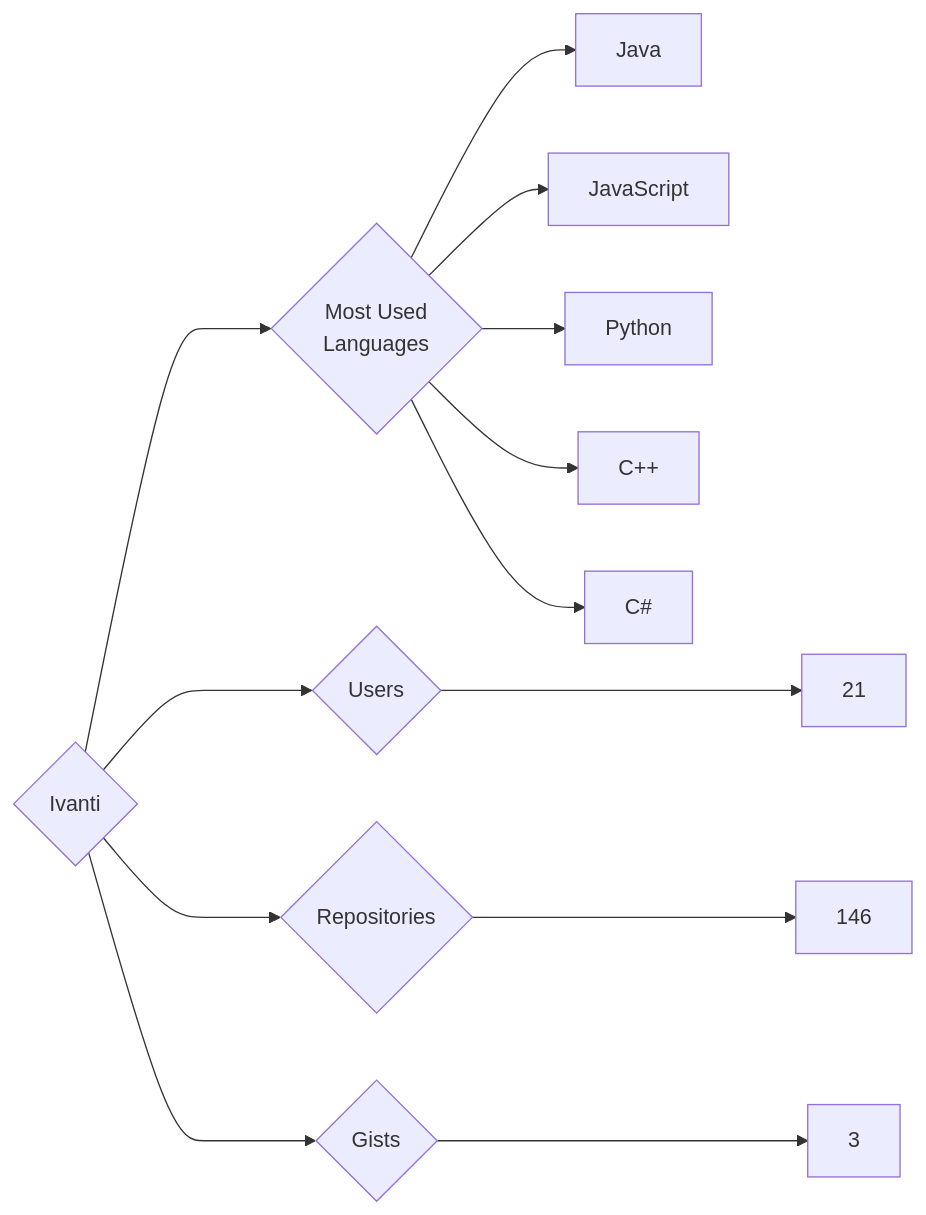
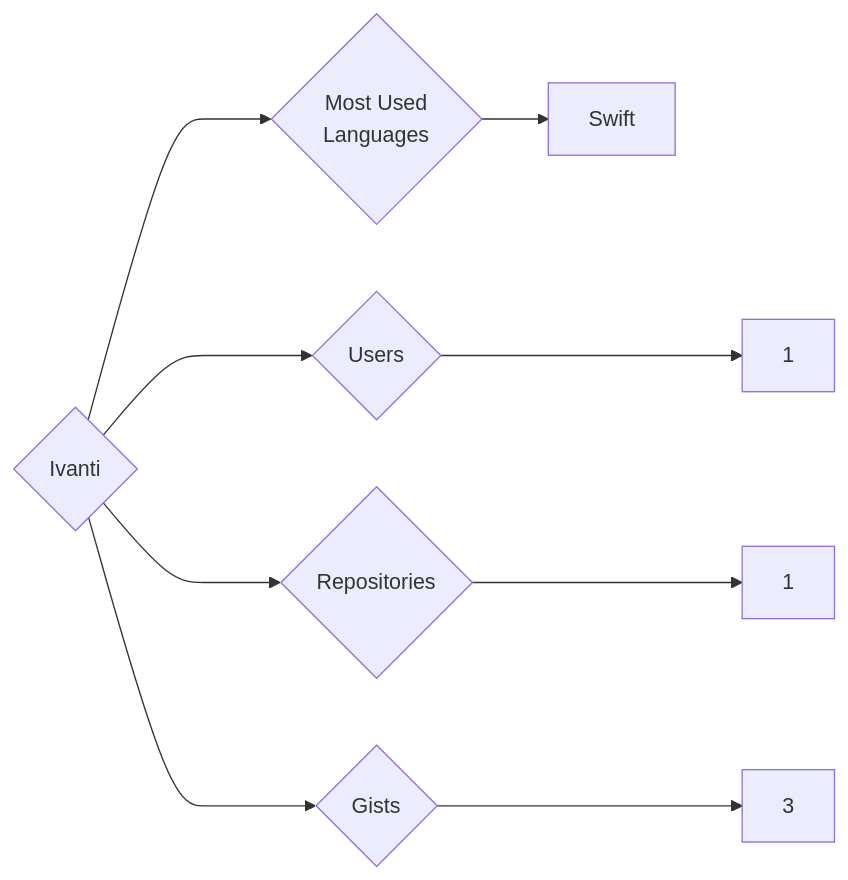
One commit to trickest/insiders changed the diagram in targets/Ivanti/README.md. Above: the diagram before and after it, drawn with Mermaid. The commit also changed 882 other files, not shown here.

````diff
--- a/targets/Ivanti/README.md
+++ b/targets/Ivanti/README.md
@@ -3,13 +3,9 @@
 ```mermaid
 graph LR
 COMPANY_NAME{Ivanti}
-COMPANY_NAME ---> U{Users} ---> UN[21]
-COMPANY_NAME ---> R{Repositories} ---> RN[146]
+COMPANY_NAME ---> U{Users} ---> UN[1]
+COMPANY_NAME ---> R{Repositories} ---> RN[1]
 COMPANY_NAME ---> G{Gists} ---> GN[3]
 COMPANY_NAME ---> ML{Most Used<br>Languages}
-ML --> Java[Java]
-ML --> JavaScript[JavaScript]
-ML --> Python[Python]
-ML --> C++[C++]
-ML --> C#[C#]
+ML --> Swift[Swift]
 ```
````
